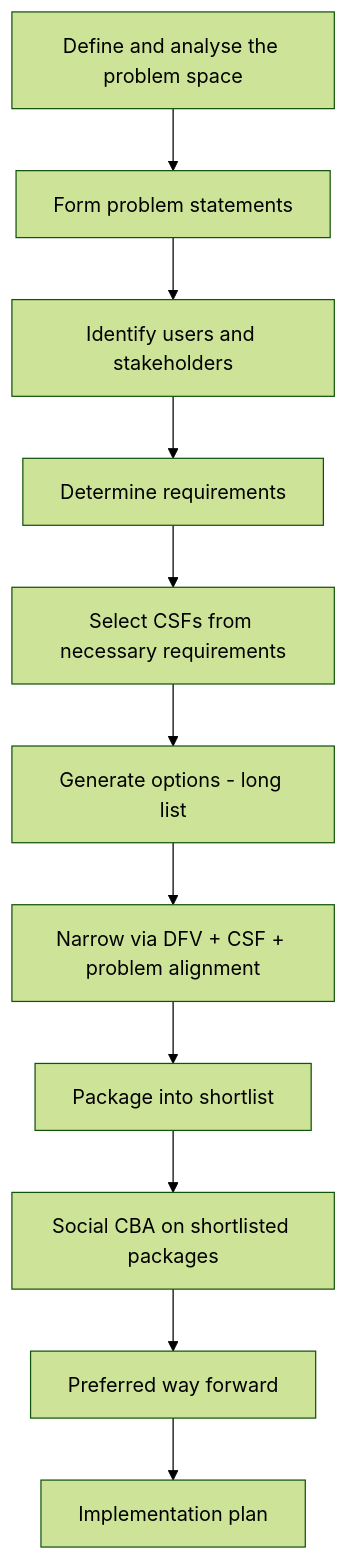
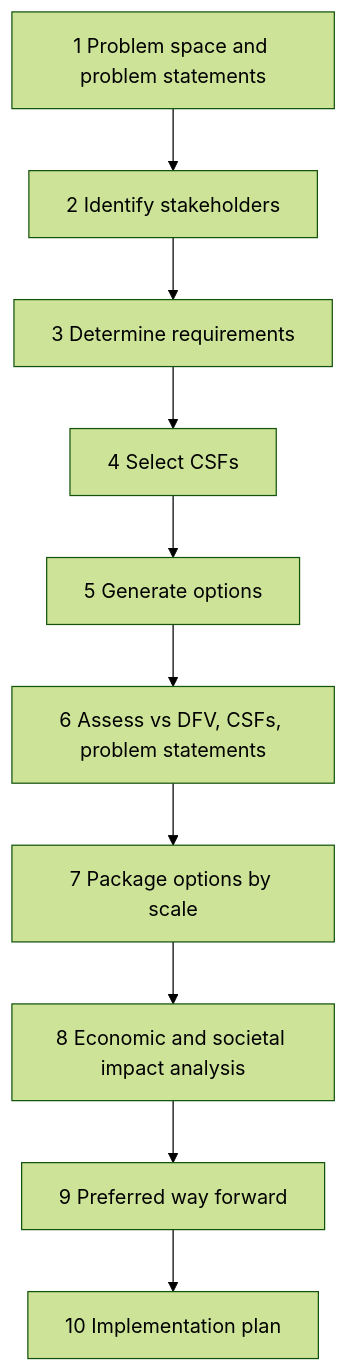
One commit to ZingZing001/uni-study changed the second of 2 diagrams in Sem2/ENGGEN403/Lecture4/notes/L4-notes.md. Above: the diagram before and after it, drawn with Mermaid (forest theme). The commit also changed other lines of this file and 16 other files, not shown here.

Commit message:
ENGGEN403/L4: re-ingest against slide deck - 10 figures, corrected package figures, DFV sub-criteria, 151 flashcards

````diff
--- a/Sem2/ENGGEN403/Lecture4/notes/L4-notes.md
+++ b/Sem2/ENGGEN403/Lecture4/notes/L4-notes.md
@@ -240,13 +264,12 @@
 ```mermaid
 graph TD
-    A[Define and analyse the problem space] --> B[Form problem statements]
-    B --> C[Identify users and stakeholders]
-    C --> D[Determine requirements]
-    D --> E[Select CSFs from necessary requirements]
-    E --> F[Generate options - long list]
-    F --> G[Narrow via DFV + CSF + problem alignment]
-    G --> H[Package into shortlist]
-    H --> I[Social CBA on shortlisted packages]
-    I --> J[Preferred way forward]
-    J --> K[Implementation plan]
+    A[1 Problem space and problem statements] --> B[2 Identify stakeholders]
+    B --> C[3 Determine requirements]
+    C --> D[4 Select CSFs]
+    D --> E[5 Generate options]
+    E --> F[6 Assess vs DFV, CSFs, problem statements]
+    F --> G[7 Package options by scale]
+    G --> H[8 Economic and societal impact analysis]
+    H --> I[9 Preferred way forward]
+    I --> J[10 Implementation plan]
 ```
````
